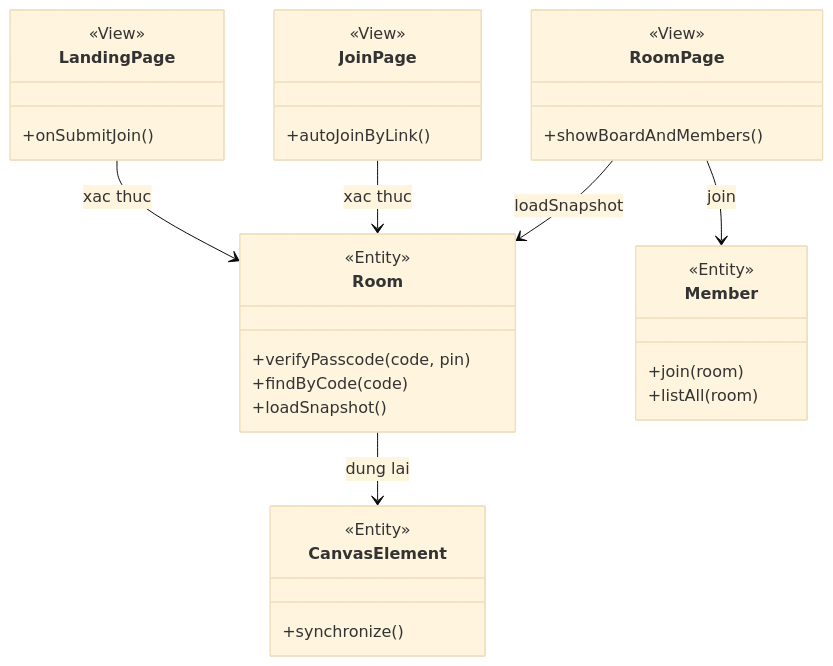
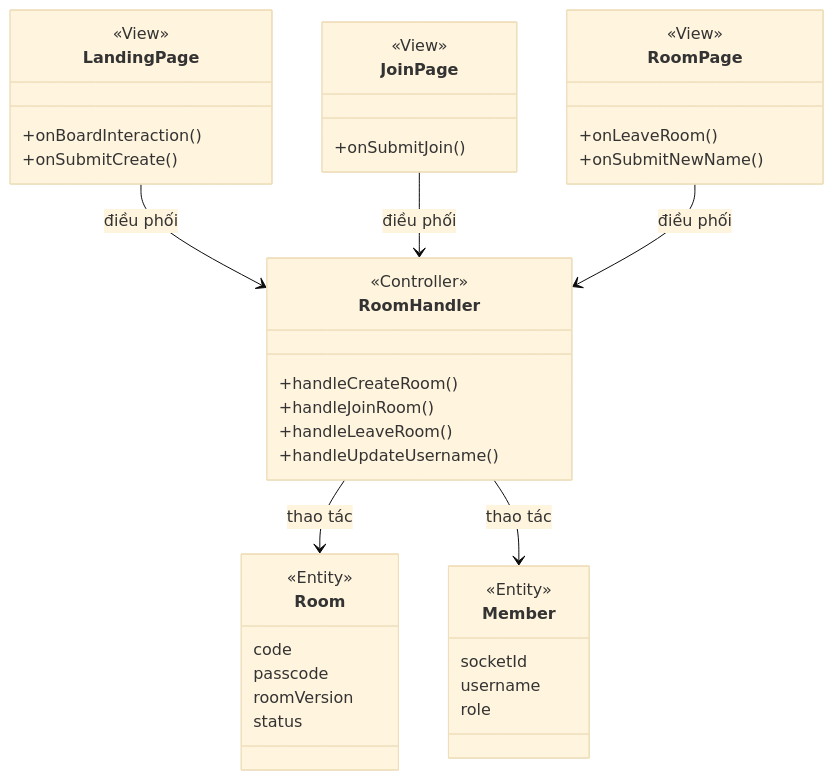
Before and after one commit to KhangDaoz/evodraw: the seventh of 60 diagrams in docs/Báo cáo Evodraw_v2.md, drawn with Mermaid (base theme). The commit also changed other lines of this file and 12 other files, not shown here.

````diff
--- a/docs/Báo cáo Evodraw_v2.md
+++ b/docs/Báo cáo Evodraw_v2.md
@@ -693,35 +741,42 @@
 ```mermaid
 classDiagram
     class LandingPage {
         <<View>>
-        +onSubmitJoin()
+        +onBoardInteraction()
+        +onSubmitCreate()
     }
     class JoinPage {
         <<View>>
-        +autoJoinByLink()
+        +onSubmitJoin()
     }
     class RoomPage {
         <<View>>
-        +showBoardAndMembers()
+        +onLeaveRoom()
+        +onSubmitNewName()
+    }
+    class RoomHandler {
+        <<Controller>>
+        +handleCreateRoom()
+        +handleJoinRoom()
+        +handleLeaveRoom()
+        +handleUpdateUsername()
     }
     class Room {
         <<Entity>>
-        +verifyPasscode(code, pin)
-        +findByCode(code)
-        +loadSnapshot()
+        code
+        passcode
+        roomVersion
+        status
     }
     class Member {
         <<Entity>>
-        +join(room)
-        +listAll(room)
+        socketId
+        username
+        role
     }
-    class CanvasElement {
-        <<Entity>>
-        +synchronize()
-    }
-    LandingPage --> Room : xac thuc
-    JoinPage --> Room : xac thuc
-    RoomPage --> Member : join
-    RoomPage --> Room : loadSnapshot
-    Room --> CanvasElement : dung lai
+    LandingPage --> RoomHandler : điều phối
+    JoinPage --> RoomHandler : điều phối
+    RoomPage --> RoomHandler : điều phối
+    RoomHandler --> Room : thao tác
+    RoomHandler --> Member : thao tác
 ```
````
